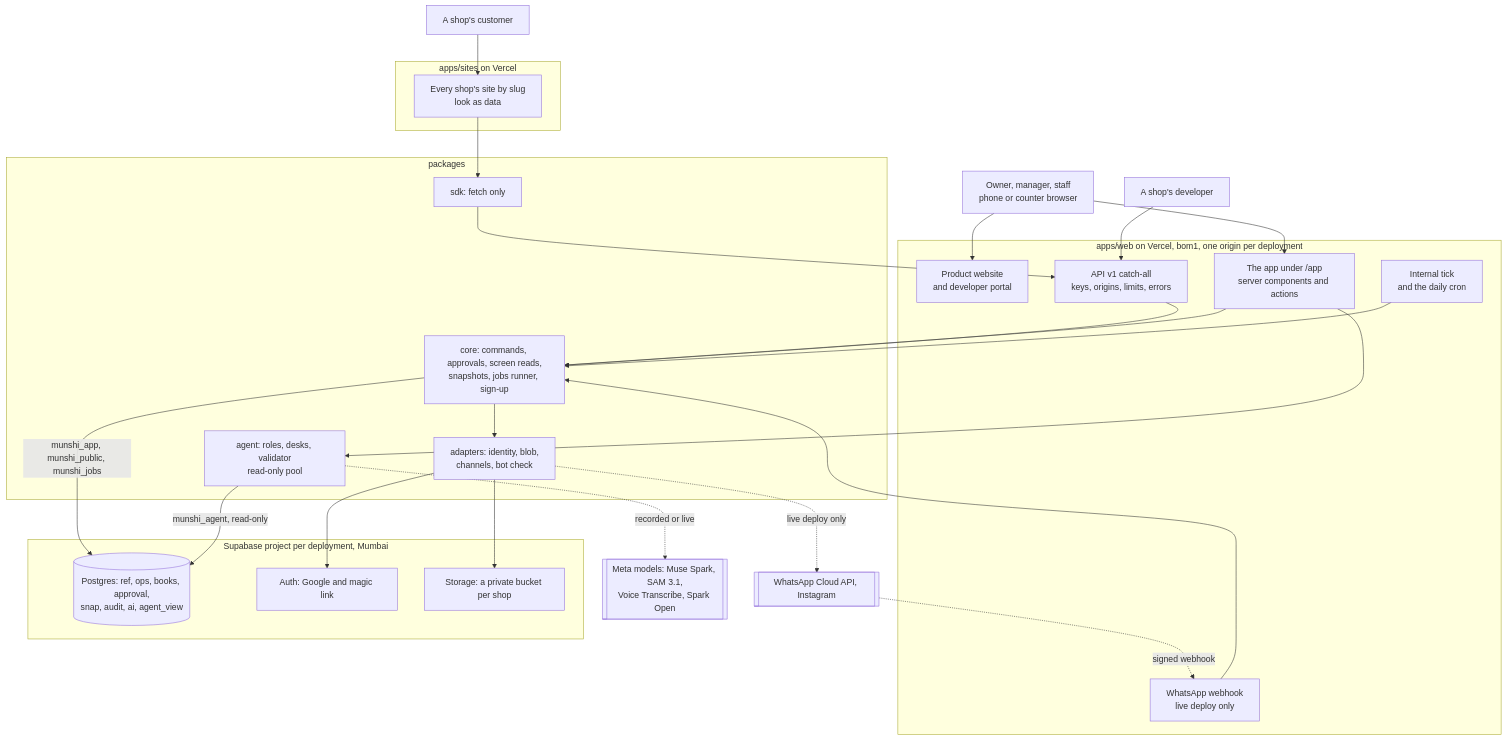
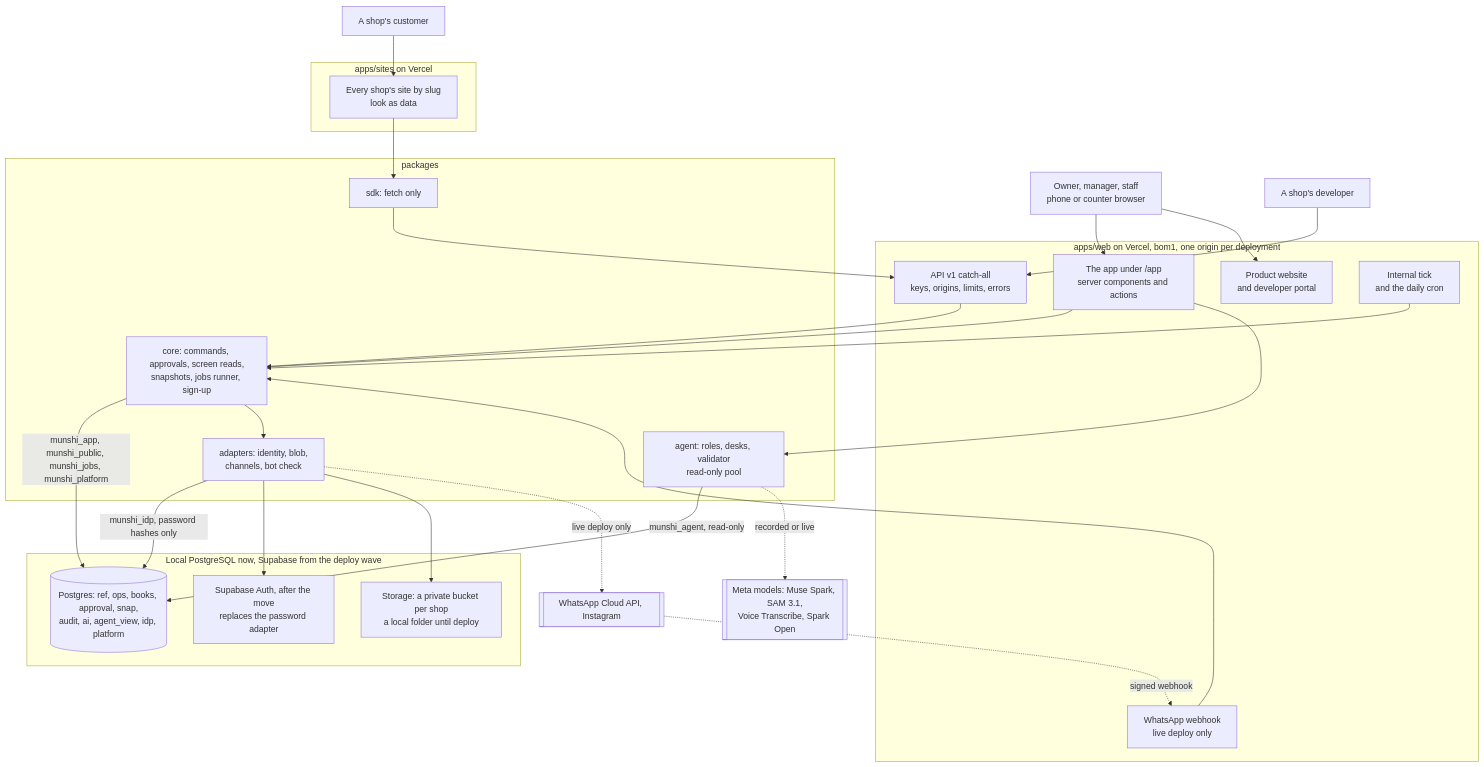
Before and after one commit to SawhneySatvik/munshi: the first of 19 diagrams in docs/BLUEPRINT.md, drawn with Mermaid. The commit also changed other lines of this file, not shown here.

````diff
--- a/docs/BLUEPRINT.md
+++ b/docs/BLUEPRINT.md
@@ -174,47 +208,48 @@
 ```mermaid
 flowchart TB
   owner["Owner, manager, staff<br/>phone or counter browser"]
   customer["A shop's customer"]
   dev["A shop's developer"]
   subgraph vercel_web["apps/web on Vercel, bom1, one origin per deployment"]
     site["Product website<br/>and developer portal"]
     app["The app under /app<br/>server components and actions"]
     api["API v1 catch-all<br/>keys, origins, limits, errors"]
     tick["Internal tick<br/>and the daily cron"]
     hook["WhatsApp webhook<br/>live deploy only"]
   end
   subgraph vercel_sites["apps/sites on Vercel"]
     shops["Every shop's site by slug<br/>look as data"]
   end
   subgraph pkgs["packages"]
     core["core: commands, approvals, screen reads,<br/>snapshots, jobs runner, sign-up"]
     agent["agent: roles, desks, validator<br/>read-only pool"]
     adapters["adapters: identity, blob,<br/>channels, bot check"]
     sdk["sdk: fetch only"]
   end
-  subgraph supa["Supabase project per deployment, Mumbai"]
-    pg[("Postgres: ref, ops, books, approval,<br/>snap, audit, ai, agent_view")]
-    auth["Auth: Google and magic link"]
-    store["Storage: a private bucket per shop"]
+  subgraph supa["Local PostgreSQL now, Supabase from the deploy wave"]
+    pg[("Postgres: ref, ops, books, approval, snap,<br/>audit, ai, agent_view, idp, platform")]
+    auth["Supabase Auth, after the move<br/>replaces the password adapter"]
+    store["Storage: a private bucket per shop<br/>a local folder until deploy"]
   end
   meta[["Meta models: Muse Spark, SAM 3.1,<br/>Voice Transcribe, Spark Open"]]
   wa[["WhatsApp Cloud API, Instagram"]]
   owner --> app
   owner --> site
   customer --> shops
   dev --> api
   shops --> sdk --> api
   app --> core
   app --> agent
   api --> core
   tick --> core
   hook --> core
-  core -- "munshi_app, munshi_public, munshi_jobs" --> pg
+  core -- "munshi_app, munshi_public, munshi_jobs, munshi_platform" --> pg
+  adapters -- "munshi_idp, password hashes only" --> pg
   agent -- "munshi_agent, read-only" --> pg
   agent -. "recorded or live" .-> meta
   core --> adapters
   adapters --> auth
   adapters --> store
   adapters -. "live deploy only" .-> wa
   wa -. "signed webhook" .-> hook
 ```
````
